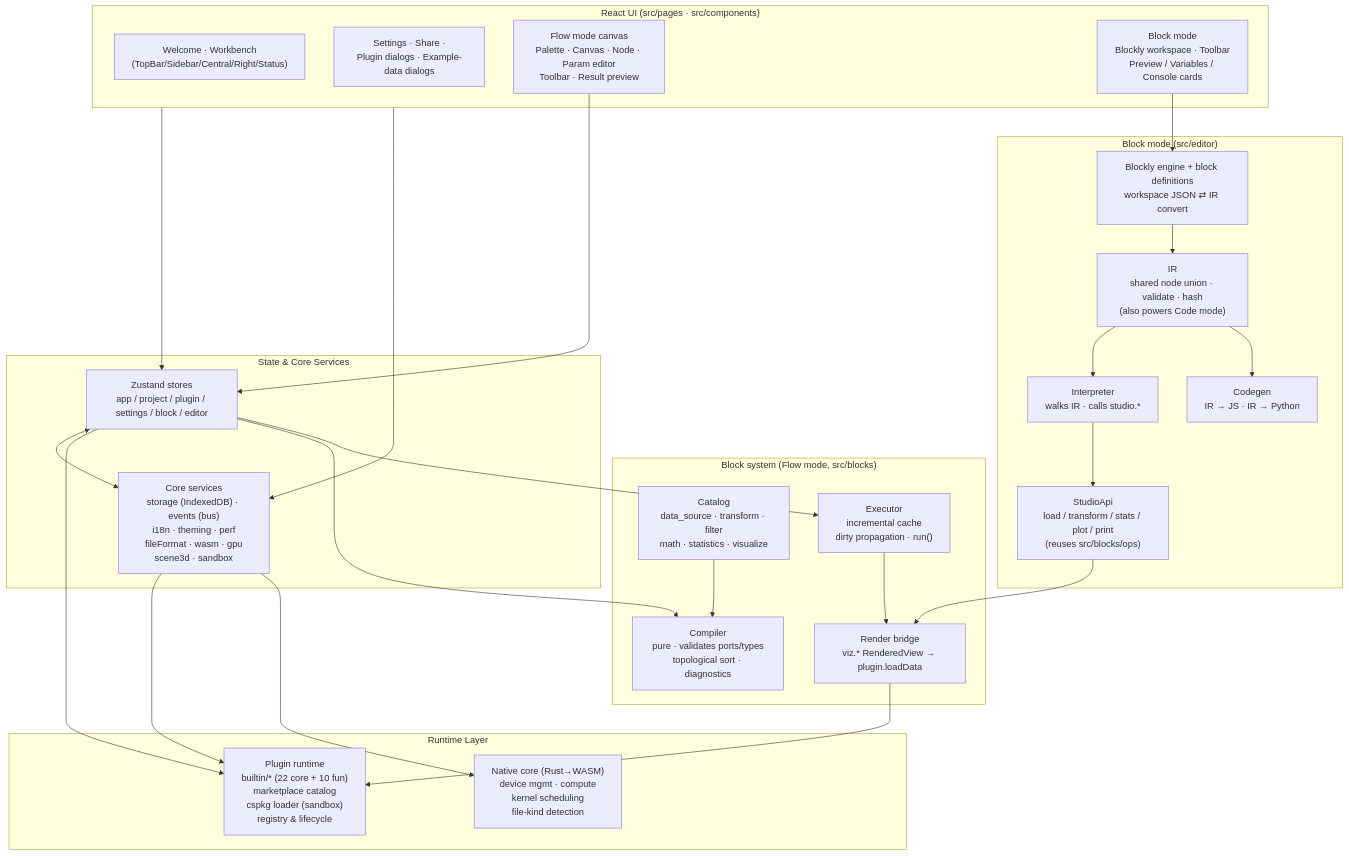
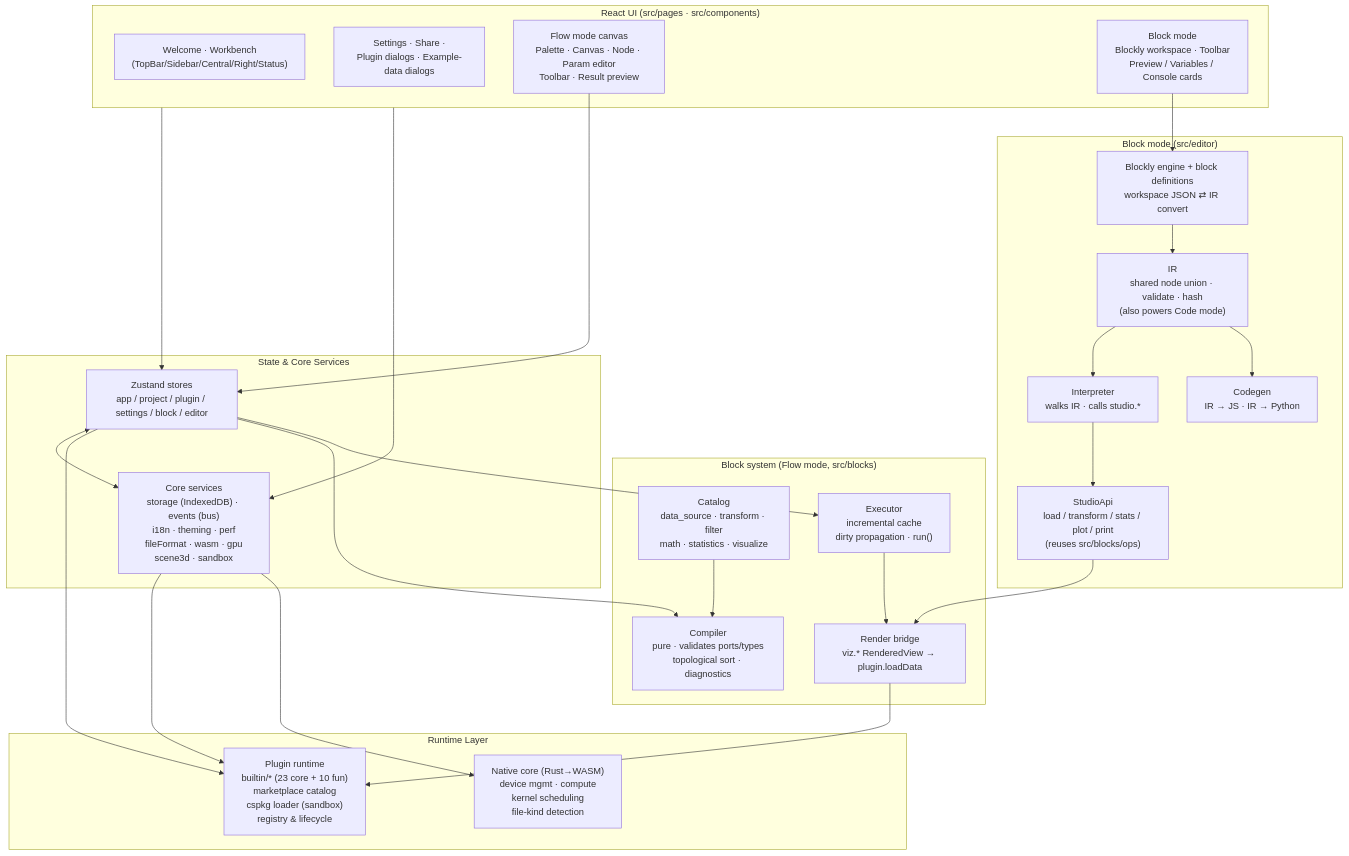
The diagram in docs/guide/architecture.md (SnowLeopard-io/ErgalicsStudio), drawn with Mermaid before and after one commit. The commit also changed 25 other files, not shown here.

````diff
--- a/docs/guide/architecture.md
+++ b/docs/guide/architecture.md
@@ -5,53 +5,53 @@
 ```mermaid
 flowchart TB
     subgraph UI["React UI (src/pages · src/components)"]
         A1["Welcome · Workbench<br/>(TopBar/Sidebar/Central/Right/Status)"]
         A2["Settings · Share ·<br/>Plugin dialogs · Example-data dialogs"]
         A3["Flow mode canvas<br/>Palette · Canvas · Node · Param editor<br/>Toolbar · Result preview"]
         A4["Block mode<br/>Blockly workspace · Toolbar<br/>Preview / Variables / Console cards"]
     end
 
     subgraph State["State & Core Services"]
         B1["Zustand stores<br/>app / project / plugin / settings / block / editor"]
         B2["Core services<br/>storage (IndexedDB) · events (bus)<br/>i18n · theming · perf<br/>fileFormat · wasm · gpu<br/>scene3d · sandbox"]
     end
 
     subgraph Blocks["Block system (Flow mode, src/blocks)"]
         D1["Catalog<br/>data_source · transform · filter<br/>math · statistics · visualize"]
         D2["Compiler<br/>pure · validates ports/types<br/>topological sort · diagnostics"]
         D3["Executor<br/>incremental cache<br/>dirty propagation · run()"]
         D4["Render bridge<br/>viz.* RenderedView → plugin.loadData"]
     end
 
     subgraph Editor["Block mode (src/editor)"]
         E1["IR<br/>shared node union · validate · hash<br/>(also powers Code mode)"]
         E2["Blockly engine + block definitions<br/>workspace JSON ⇄ IR convert"]
         E3["Interpreter<br/>walks IR · calls studio.*"]
         E4["Codegen<br/>IR → JS · IR → Python"]
         E5["StudioApi<br/>load / transform / stats / plot / print<br/>(reuses src/blocks/ops)"]
     end
 
     subgraph Runtime["Runtime Layer"]
-        C1["Plugin runtime<br/>builtin/* (22 core + 10 fun)<br/>marketplace catalog<br/>cspkg loader (sandbox)<br/>registry & lifecycle"]
+        C1["Plugin runtime<br/>builtin/* (23 core + 10 fun)<br/>marketplace catalog<br/>cspkg loader (sandbox)<br/>registry & lifecycle"]
         C2["Native core (Rust→WASM)<br/>device mgmt · compute<br/>kernel scheduling<br/>file-kind detection"]
     end
 
     UI --> B1
     UI --> B2
     B1 <--> B2
     B1 --> C1
     B2 --> C1
     B2 --> C2
     A3 --> B1
     B1 --> D2
     B1 --> D3
     D1 --> D2
     D3 --> D4
     D4 --> C1
     A4 --> E2
     E2 --> E1
     E1 --> E3
     E1 --> E4
     E3 --> E5
     E5 --> D4
 ```
````
